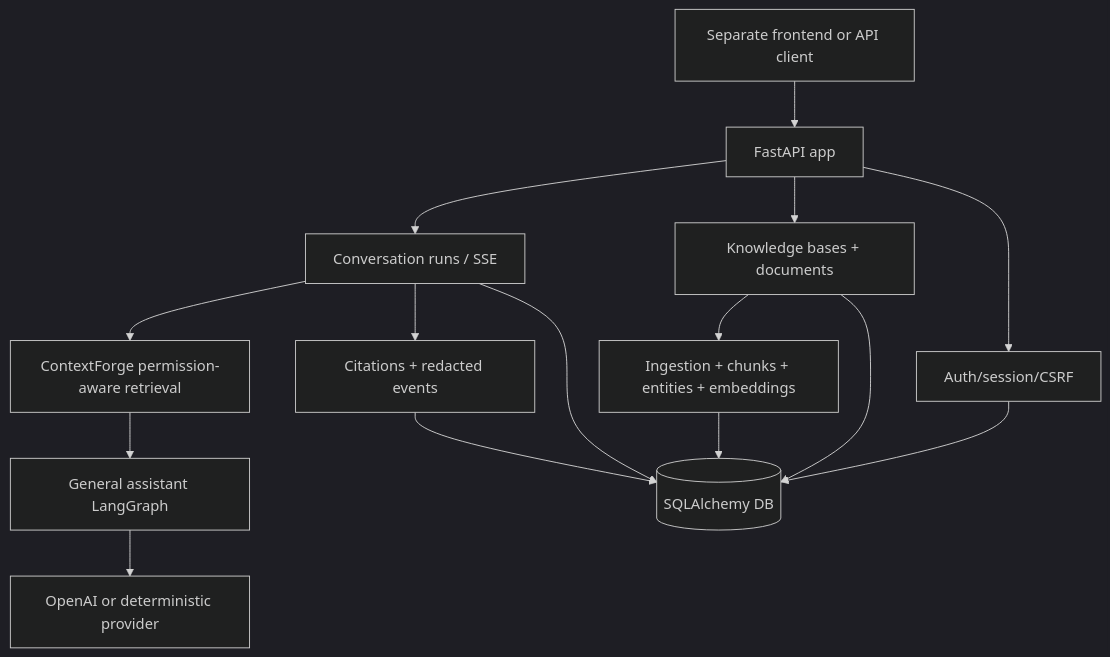
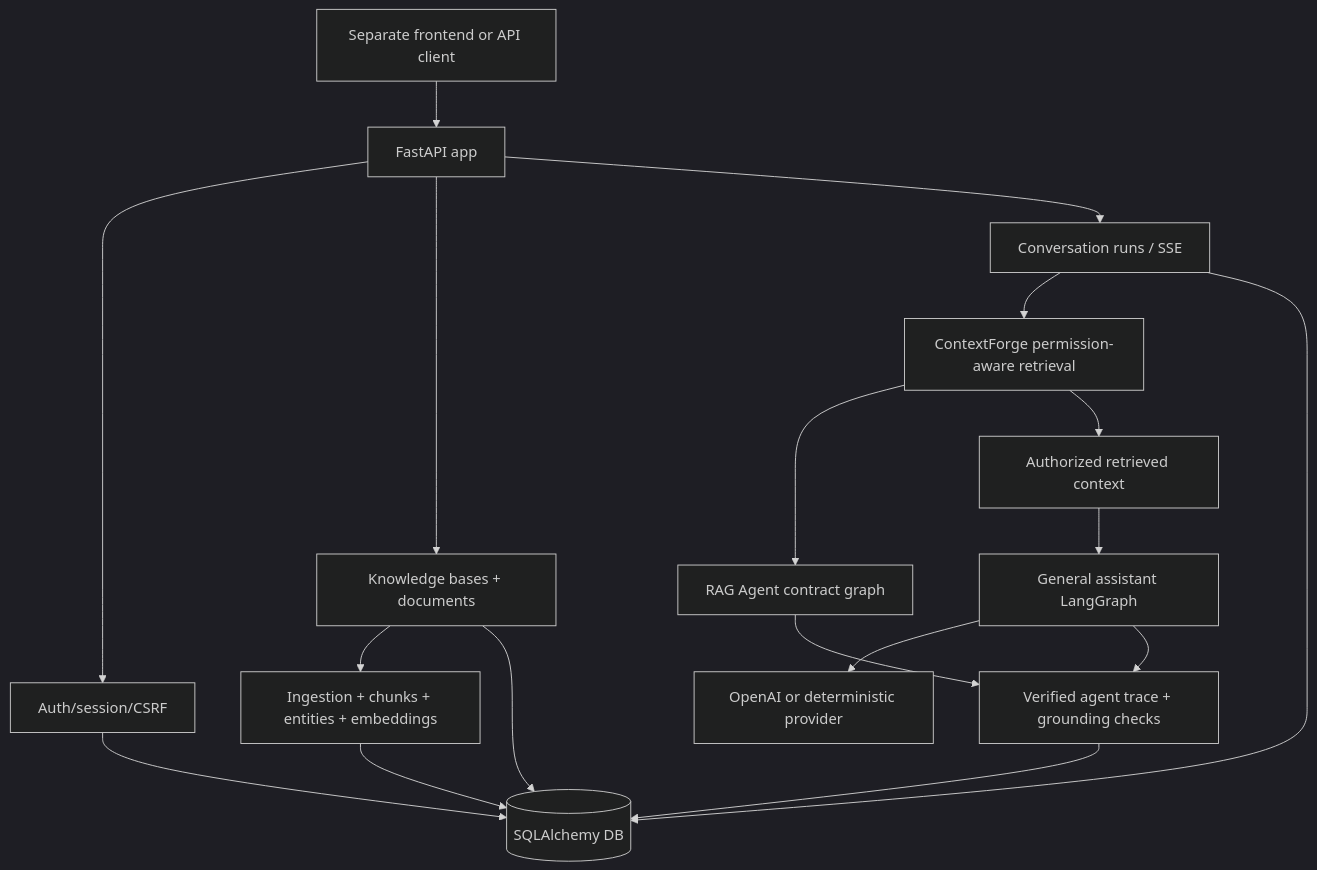
Before and after one commit to heecheon92/my-agents: the diagram in README.en.md, drawn with Mermaid (dark theme). The commit also changed other lines of this file and 25 other files, not shown here.

````diff
--- a/README.en.md
+++ b/README.en.md
@@ -54,17 +54,20 @@
 ```mermaid
 flowchart TD
     Frontend["Separate frontend or API client"] --> API["FastAPI app"]
     API --> Auth["Auth/session/CSRF"]
     API --> KB["Knowledge bases + documents"]
     API --> Runs["Conversation runs / SSE"]
     KB --> Ingest["Ingestion + chunks + entities + embeddings"]
     Runs --> ContextForge["ContextForge permission-aware retrieval"]
-    ContextForge --> Graph["General assistant LangGraph"]
+    ContextForge --> RAGAgent["RAG Agent contract graph"]
+    ContextForge --> GraphInput["Authorized retrieved context"]
+    GraphInput --> Graph["General assistant LangGraph"]
     Graph --> Provider["OpenAI or deterministic provider"]
-    Runs --> Events["Citations + redacted events"]
+    RAGAgent --> Events["Verified agent trace + grounding checks"]
+    Graph --> Events
     Auth --> DB[("SQLAlchemy DB")]
     KB --> DB
     Ingest --> DB
     Runs --> DB
     Events --> DB
 ```
````
